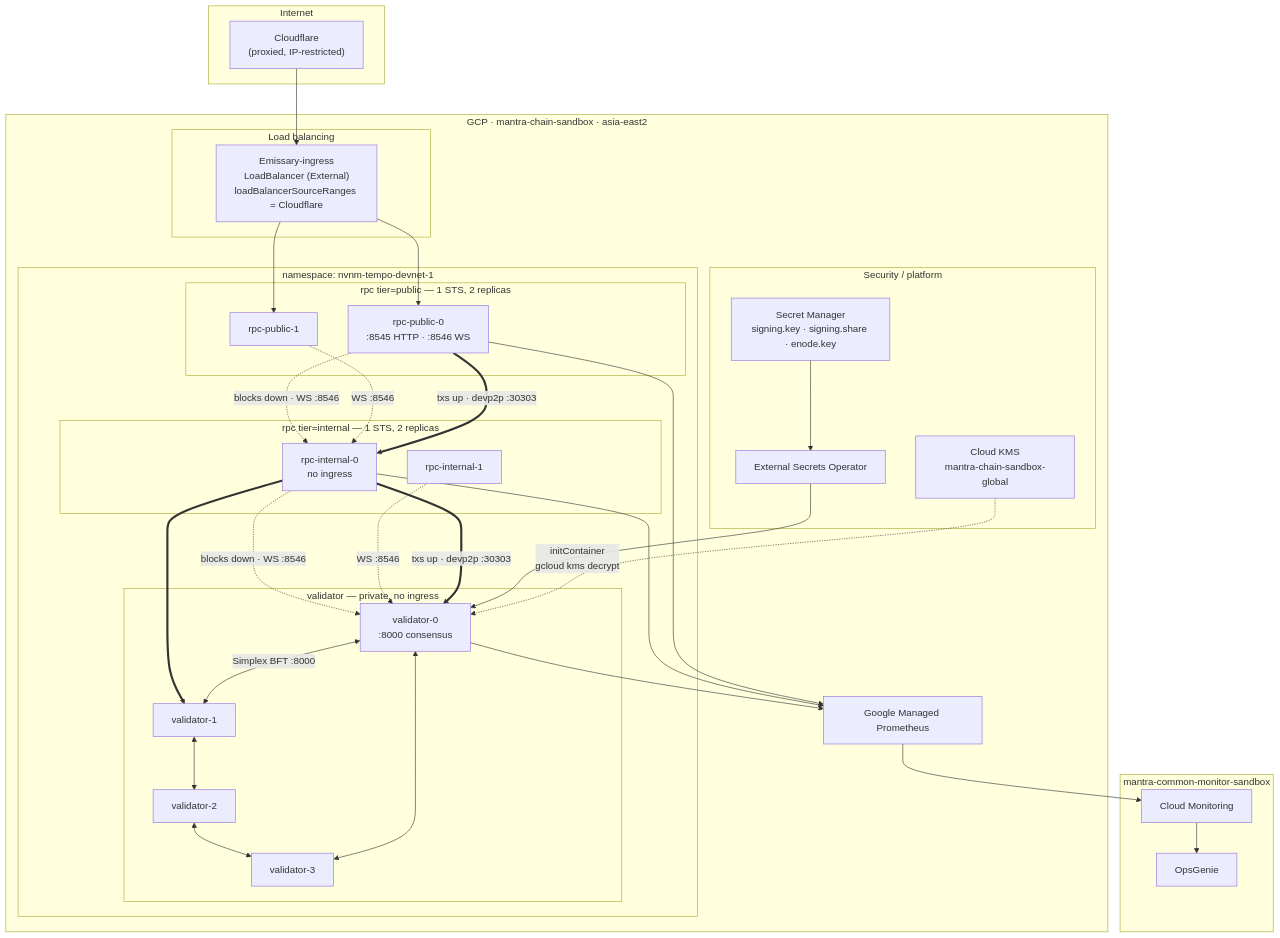
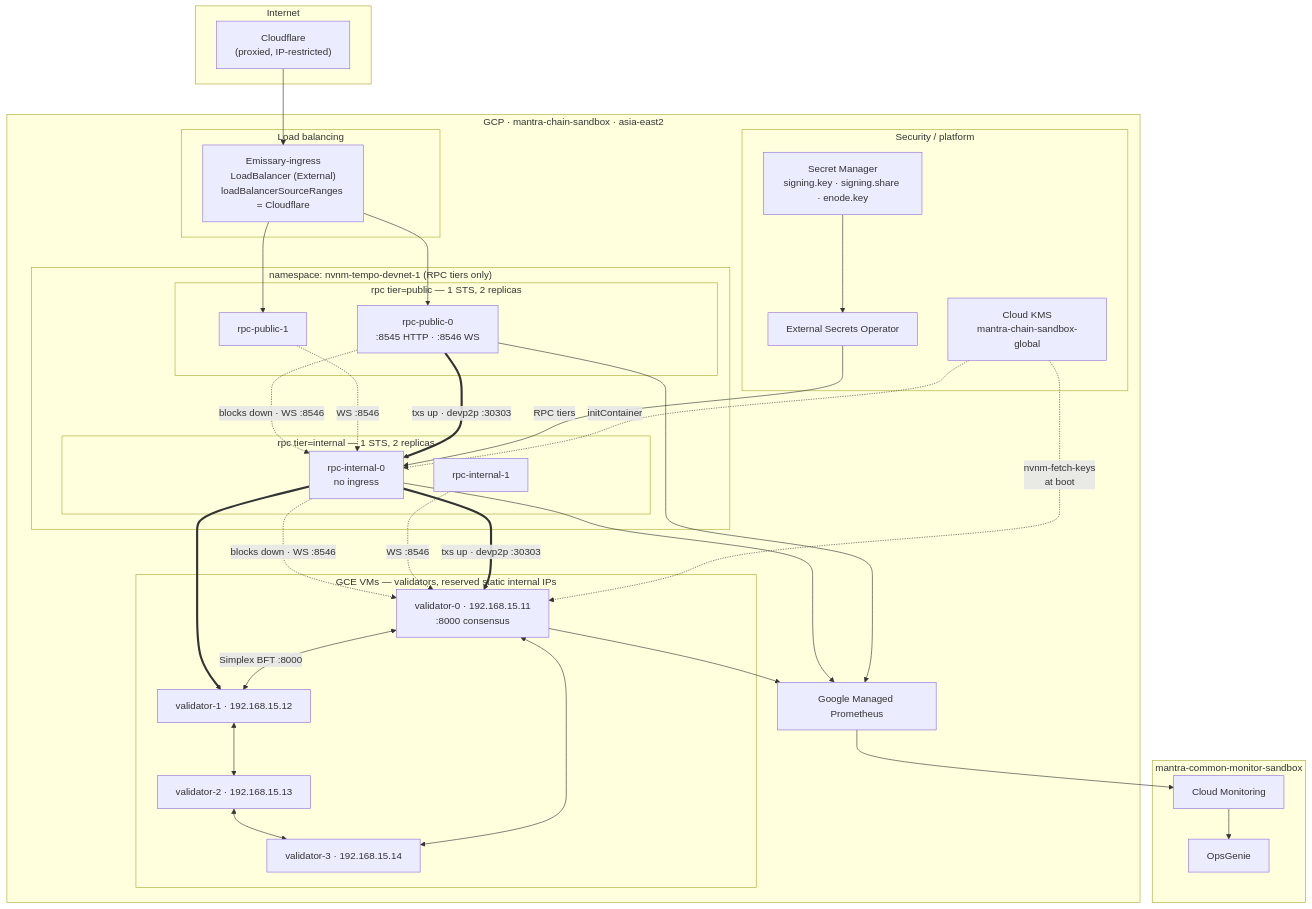
The first of 4 diagrams in docs/nvnm/02-architecture.md (yihuang/tempo-py), drawn with Mermaid before and after one commit. The commit also changed other lines of this file and 15 other files, not shown here.

Commit message:
feat: nvnm-tempo devnet genesis

````diff
--- a/docs/nvnm/02-architecture.md
+++ b/docs/nvnm/02-architecture.md
@@ -84,72 +86,73 @@
 ```mermaid
 graph TB
     subgraph internet["Internet"]
         CF["Cloudflare<br/>(proxied, IP-restricted)"]
     end
 
     subgraph gcp["GCP · mantra-chain-sandbox · asia-east2"]
         subgraph lb["Load balancing"]
             EMIS["Emissary-ingress<br/>LoadBalancer (External)<br/>loadBalancerSourceRanges = Cloudflare"]
         end
 
-        subgraph ns["namespace: nvnm-tempo-devnet-1"]
+        subgraph ns["namespace: nvnm-tempo-devnet-1 (RPC tiers only)"]
             subgraph pubtier["rpc tier=public — 1 STS, 2 replicas"]
                 P0["rpc-public-0<br/>:8545 HTTP · :8546 WS"]
                 P1["rpc-public-1"]
             end
 
             subgraph inttier["rpc tier=internal — 1 STS, 2 replicas"]
                 I0["rpc-internal-0<br/>no ingress"]
                 I1["rpc-internal-1"]
             end
+        end
 
-            subgraph valtier["validator — private, no ingress"]
-                V0["validator-0<br/>:8000 consensus"]
-                V1["validator-1"]
-                V2["validator-2"]
-                V3["validator-3"]
-            end
+        subgraph valtier["GCE VMs — validators, reserved static internal IPs"]
+            V0["validator-0 · 192.168.15.11<br/>:8000 consensus"]
+            V1["validator-1 · 192.168.15.12"]
+            V2["validator-2 · 192.168.15.13"]
+            V3["validator-3 · 192.168.15.14"]
         end
 
         subgraph sec["Security / platform"]
             KMS["Cloud KMS<br/>mantra-chain-sandbox-global"]
             SM["Secret Manager<br/>signing.key · signing.share · enode.key"]
             ESO["External Secrets Operator"]
         end
 
         GMP["Google Managed Prometheus"]
     end
 
     subgraph mon["mantra-common-monitor-sandbox"]
         CM["Cloud Monitoring"]
         OG["OpsGenie"]
     end
 
     CF --> EMIS
     EMIS --> P0
     EMIS --> P1
 
     P0 -.->|"blocks down · WS :8546"| I0
     P1 -.->|"WS :8546"| I0
     I0 -.->|"blocks down · WS :8546"| V0
     I1 -.->|"WS :8546"| V0
 
     P0 ==>|"txs up · devp2p :30303"| I0
     I0 ==>|"txs up · devp2p :30303"| V0
     I0 ==> V1
 
     V0 <-->|"Simplex BFT :8000"| V1
     V1 <--> V2
     V2 <--> V3
     V3 <--> V0
 
     SM --> ESO
-    ESO --> V0
-    KMS -.->|"initContainer<br/>gcloud kms decrypt"| V0
+    ESO -->|"RPC tiers"| I0
+    KMS -.->|"initContainer"| I0
+    KMS -.->|"nvnm-fetch-keys<br/>at boot"| V0
 
     V0 --> GMP
     I0 --> GMP
     P0 --> GMP
     GMP --> CM
     CM --> OG
 ```
````
